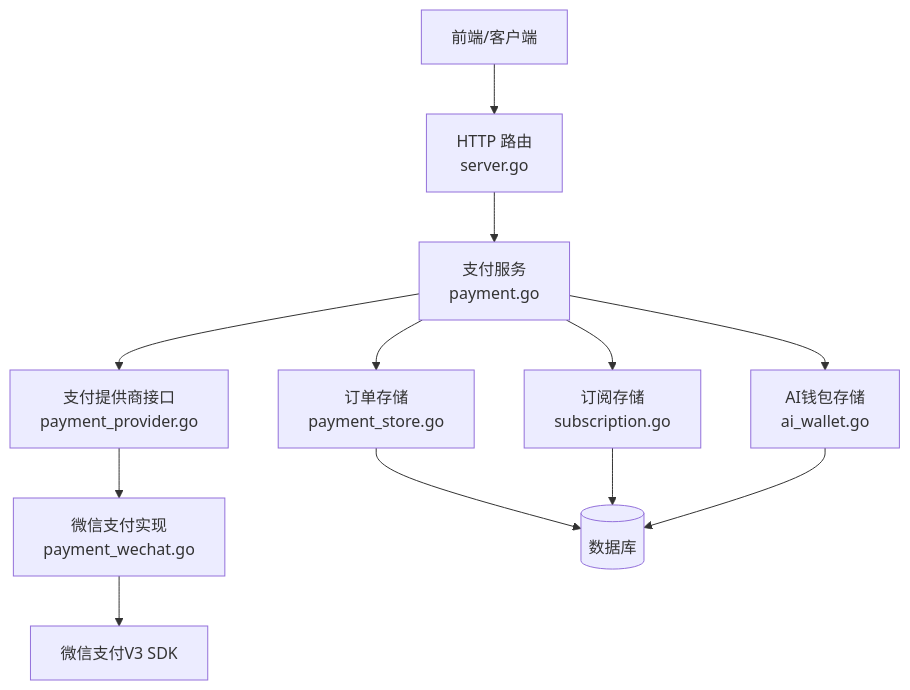
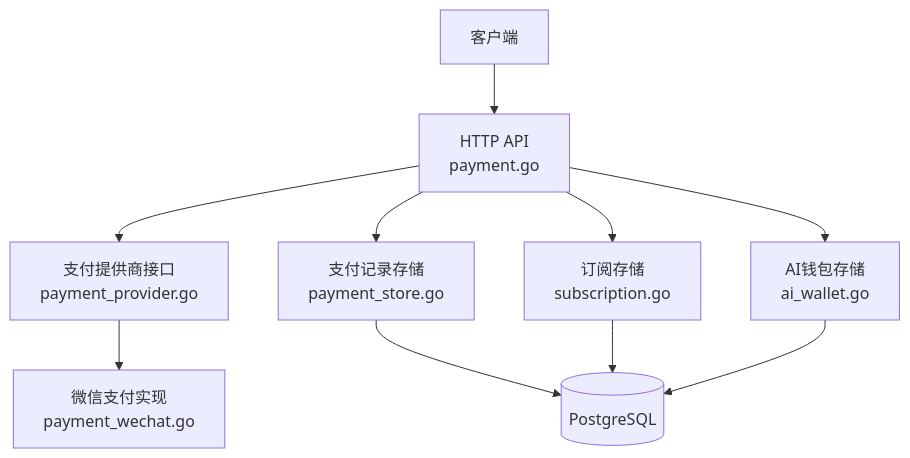
One commit to alvinwangzi/goodhr changed the first of 3 diagrams in .qoder/repowiki/zh/content/API接口文档/云端REST API/支付订阅API/支付订阅API.md. Above: the diagram before and after it, drawn with Mermaid. The commit also changed other lines of this file and 149 other files, not shown here.

````diff
--- a/.qoder/repowiki/zh/content/API接口文档/云端REST API/支付订阅API/支付订阅API.md
+++ b/.qoder/repowiki/zh/content/API接口文档/云端REST API/支付订阅API/支付订阅API.md
@@ -44,14 +47,12 @@
 ```mermaid
 graph TB
-Client["前端/客户端"] --> Router["HTTP 路由<br/>server.go"]
-Router --> PaySvc["支付服务<br/>payment.go"]
-PaySvc --> Prov["支付提供商接口<br/>payment_provider.go"]
-Prov --> WX["微信支付实现<br/>payment_wechat.go"]
-PaySvc --> Store["订单存储<br/>payment_store.go"]
-PaySvc --> SubStore["订阅存储<br/>subscription.go"]
-PaySvc --> AIWallet["AI钱包存储<br/>ai_wallet.go"]
-WX --> WeChat["微信支付V3 SDK"]
-Store --> DB[("数据库")]
+Client["客户端"] --> API["HTTP API<br/>payment.go"]
+API --> Provider["支付提供商接口<br/>payment_provider.go"]
+Provider --> Wechat["微信支付实现<br/>payment_wechat.go"]
+API --> Store["支付记录存储<br/>payment_store.go"]
+API --> SubStore["订阅存储<br/>subscription.go"]
+API --> AIWallet["AI钱包存储<br/>ai_wallet.go"]
+Store --> DB[("PostgreSQL")]
 SubStore --> DB
 AIWallet --> DB
 ```
````
